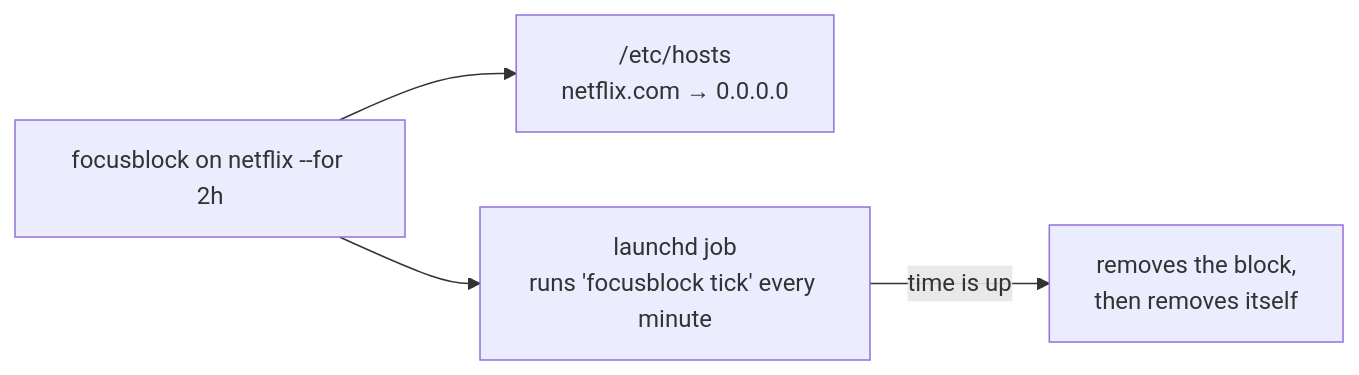
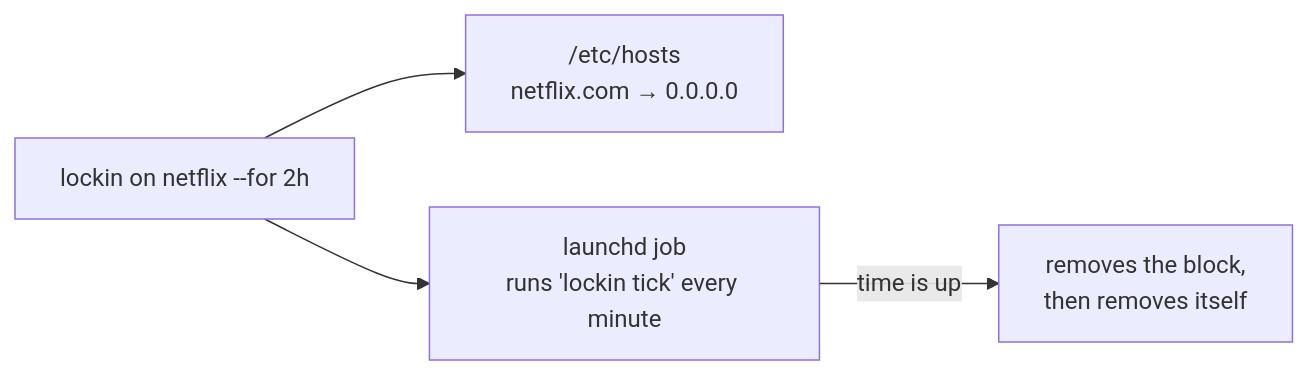
The diagram in README.md (daffamzidan/focusblock), drawn with Mermaid before and after one commit. The commit also changed other lines of this file and 4 other files, not shown here.

First line of the commit message:
Rename focusblock to lockin

````diff
--- a/README.md
+++ b/README.md
@@ -57,6 +57,6 @@
 ```mermaid
 flowchart LR
-    A["focusblock on netflix --for 2h"] --> B["/etc/hosts<br/>netflix.com → 0.0.0.0"]
-    A --> C["launchd job<br/>runs 'focusblock tick' every minute"]
+    A["lockin on netflix --for 2h"] --> B["/etc/hosts<br/>netflix.com → 0.0.0.0"]
+    A --> C["launchd job<br/>runs 'lockin tick' every minute"]
     C -- "time is up" --> D["removes the block,<br/>then removes itself"]
 ```
````
